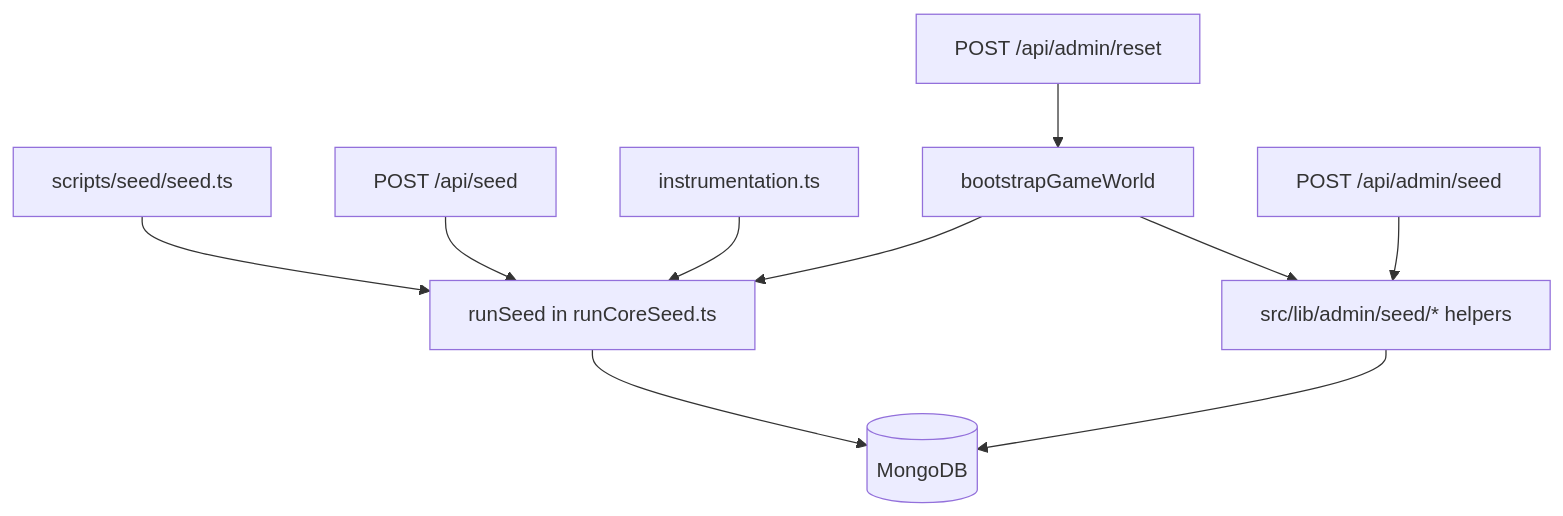
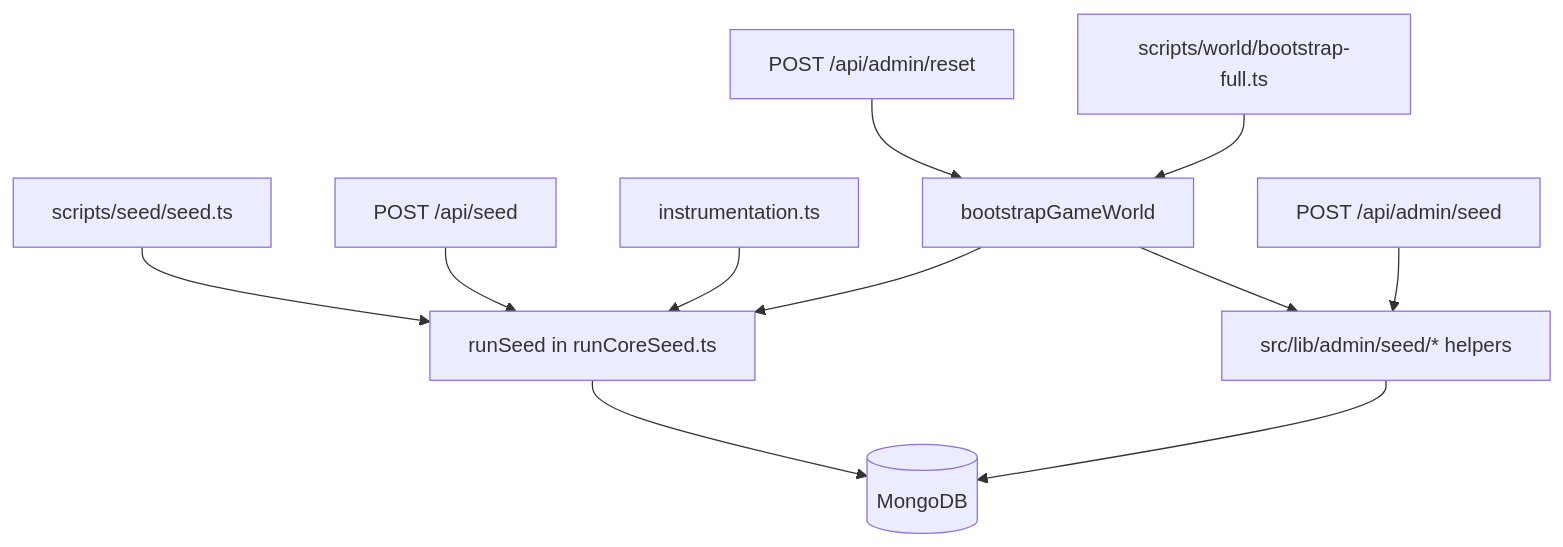
Before and after one commit to Egg3901/ahd-docs: the diagram in engineering/seed-bootstrap-call-graph.md, drawn with Mermaid. The commit also changed other lines of this file and 63 other files, not shown here.

````diff
--- a/engineering/seed-bootstrap-call-graph.md
+++ b/engineering/seed-bootstrap-call-graph.md
@@ -20,12 +20,13 @@
 ```mermaid
 flowchart TD
   CLI[scripts/seed/seed.ts] --> runSeed[runSeed in runCoreSeed.ts]
   ApiSeed[POST /api/seed] --> runSeed
   Auto[instrumentation.ts] --> runSeed
   Bootstrap[bootstrapGameWorld] --> runSeed
   Bootstrap --> LibSeed[src/lib/admin/seed/* helpers]
   AdminSeed[POST /api/admin/seed] --> LibSeed
   LibSeed --> Mongo[(MongoDB)]
   runSeed --> Mongo
   Reset[POST /api/admin/reset] --> Bootstrap
+  FullCLI[scripts/world/bootstrap-full.ts] --> Bootstrap
 ```
````
